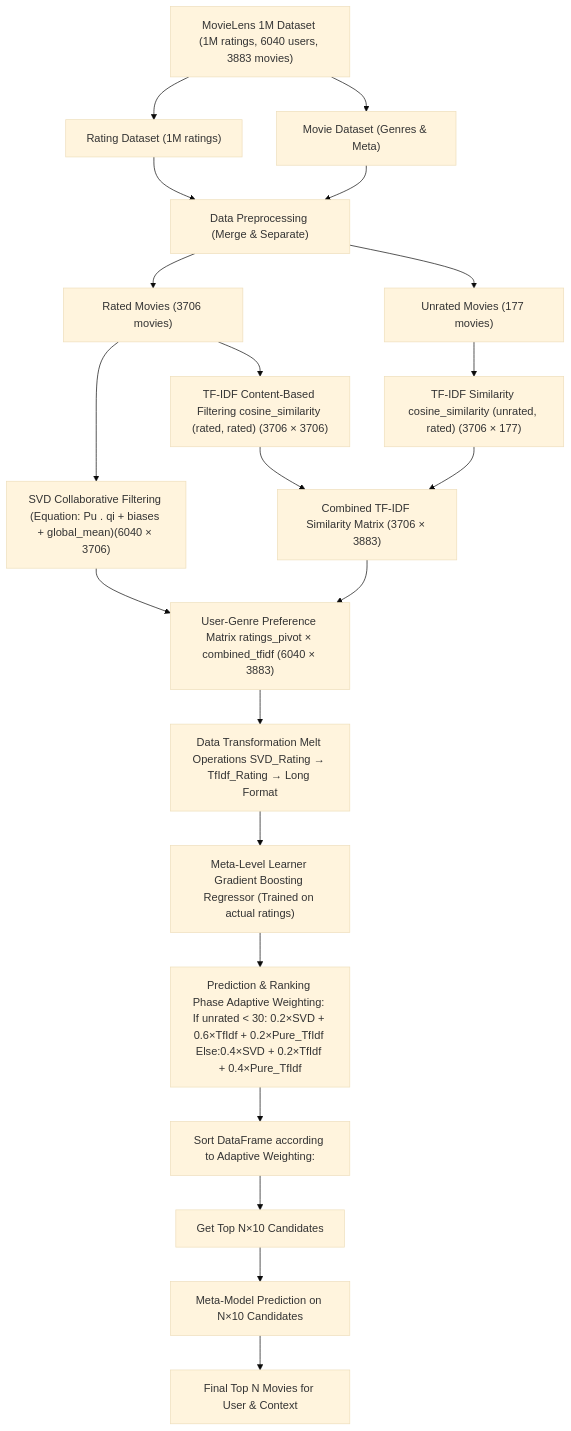
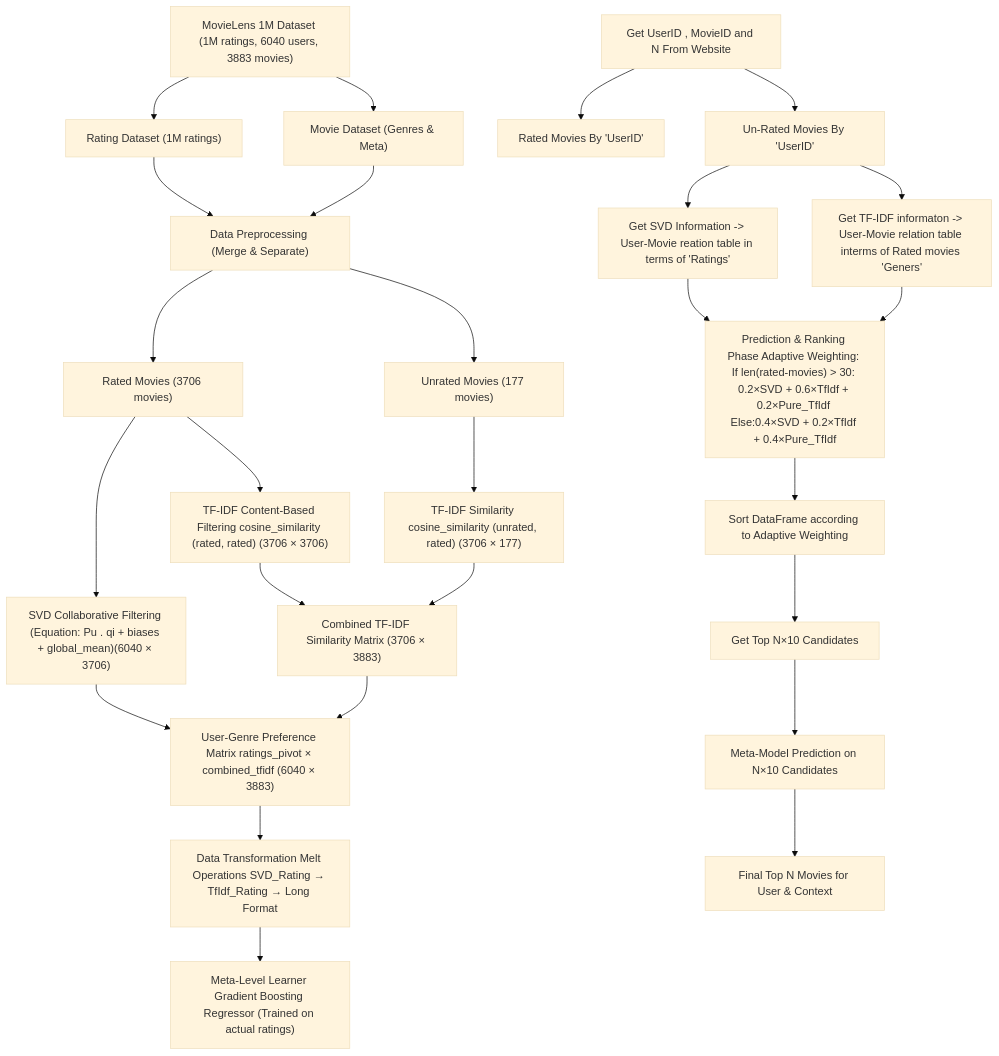
The diagram in README.md (NiazMahmud2001/MetaLevel-HybridMovie-Recommender), drawn with Mermaid (base theme) before and after one commit.

````diff
--- a/README.md
+++ b/README.md
@@ -83,26 +83,35 @@
 ```mermaid
 graph TD
     A["MovieLens 1M Dataset (1M ratings, 6040 users, 3883 movies)"]
     A --> B["Rating Dataset (1M ratings)"]
     A --> C["Movie Dataset (Genres & Meta)"]
     B --> D["Data Preprocessing (Merge & Separate)"]
     C --> D
     D --> E["Rated Movies (3706 movies)"]
     D --> F["Unrated Movies (177 movies)"]
 
     E --> G1["SVD Collaborative Filtering (Equation: Pu . qi + biases + global_mean)(6040 × 3706)"]
     E --> G2["TF-IDF Content-Based Filtering cosine_similarity (rated, rated) (3706 × 3706)"]
     F --> G3["TF-IDF Similarity cosine_similarity (unrated, rated) (3706 × 177)"]
 
     G2 --> H["Combined TF-IDF Similarity Matrix (3706 × 3883)"]
     G3 --> H
     G1 --> I
     H --> I["User-Genre Preference Matrix ratings_pivot × combined_tfidf (6040 × 3883)"]
     I --> J["Data Transformation Melt Operations SVD_Rating → TfIdf_Rating → Long Format"]
     J --> K["Meta-Level Learner Gradient Boosting Regressor (Trained on actual ratings)"]
-    K --> L["Prediction & Ranking Phase Adaptive Weighting: If unrated < 30: 0.2×SVD + 0.6×TfIdf + 0.2×Pure_TfIdf Else:0.4×SVD + 0.2×TfIdf + 0.4×Pure_TfIdf"]
-    L --> M["Sort DataFrame according to Adaptive Weighting: "]
-    M --> N["Get Top N×10 Candidates"]
-    N --> O["Meta-Model Prediction on N×10 Candidates"]
-    O --> P["Final Top N Movies for User & Context"]
+
+    L["Get UserID , MovieID and N From Website"]
+    L --> M["Rated Movies By 'UserID'"]
+    L --> N["Un-Rated Movies By 'UserID'"]
+    N --> O["Get SVD Information -> User-Movie reation table in terms of 'Ratings' "]
+    N --> P["Get TF-IDF informaton -> User-Movie relation table interms of Rated movies 'Geners' "]
+
+    Q["Prediction & Ranking Phase Adaptive Weighting: If len(rated-movies) > 30: 0.2×SVD + 0.6×TfIdf + 0.2×Pure_TfIdf Else:0.4×SVD + 0.2×TfIdf + 0.4×Pure_TfIdf"]
+    O --> Q
+    P --> Q
+    Q --> R["Sort DataFrame according to Adaptive Weighting"]
+    R --> S["Get Top N×10 Candidates"]
+    S --> T["Meta-Model Prediction on N×10 Candidates"]
+    T --> U["Final Top N Movies for User & Context"]
 ```
````
